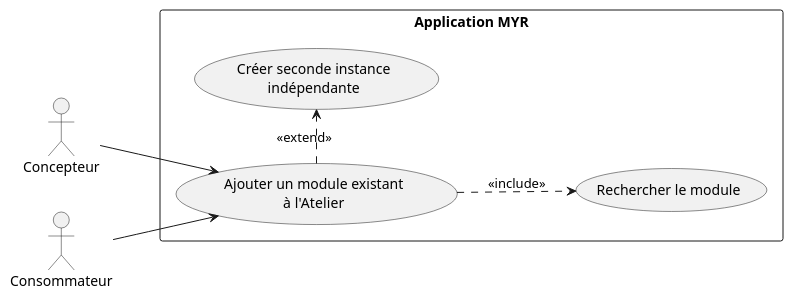
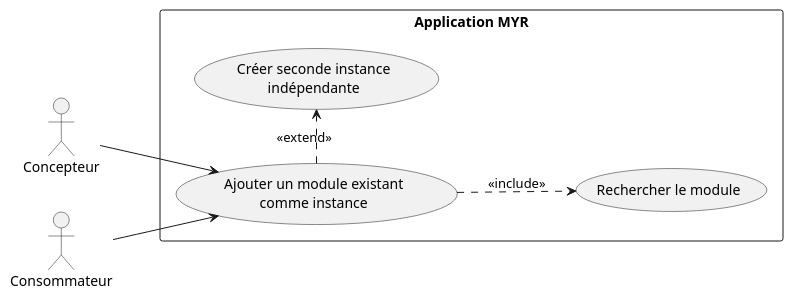
One commit to olivaux/myr changed the first of 2 diagrams in specs/2-Analyse/UCMOD-Module/UCMOD02.md. Above: the diagram before and after it, drawn with PlantUML. The commit also changed other lines of this file and 72 other files, not shown here.

````diff
--- a/specs/2-Analyse/UCMOD-Module/UCMOD02.md
+++ b/specs/2-Analyse/UCMOD-Module/UCMOD02.md
@@ -14,20 +14,20 @@
 ```plantuml
 @startuml
 left to right direction
 
 actor "Concepteur" as C
 actor "Consommateur" as CL
 
 rectangle "Application MYR" {
-    usecase "Ajouter un module existant\nà l'Atelier" as UC1
+    usecase "Ajouter un module existant\ncomme instance" as UC1
     usecase "Rechercher le module" as UC2
     usecase "Créer seconde instance\nindépendante" as UC3
 }
 
 C --> UC1
 CL --> UC1
 UC1 ..> UC2 : <<include>>
 UC1 .> UC3 : <<extend>>
 
 @enduml
 ```
````
